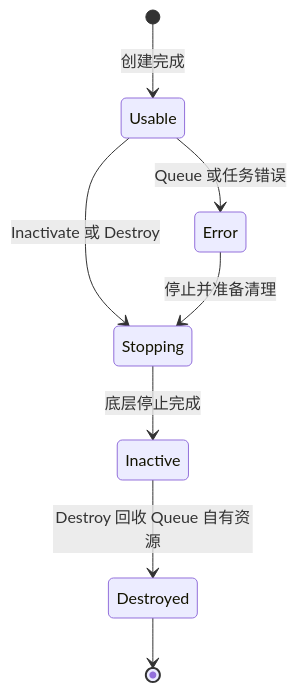
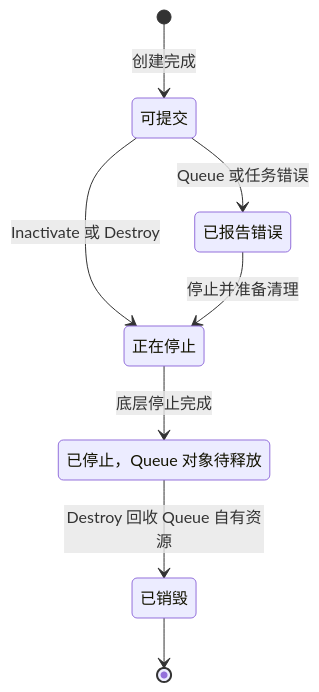
The tenth of 14 diagrams in 03_AMD GPU 队列与 AQL Dispatch.md (hxfei-git/gpu-study), drawn with Mermaid before and after one commit. The commit also changed other lines of this file and 5 other files, not shown here.

````diff
--- a/03_AMD GPU 队列与 AQL Dispatch.md
+++ b/03_AMD GPU 队列与 AQL Dispatch.md
@@ -3413,10 +4590,15 @@
 ```mermaid
 stateDiagram-v2
+    state "可提交" as Usable
+    state "已报告错误" as Error
+    state "正在停止" as Stopping
+    state "已停止，Queue 对象待释放" as Inactive
+    state "已销毁" as Destroyed
     [*] --> Usable: 创建完成
     Usable --> Stopping: Inactivate 或 Destroy
     Usable --> Error: Queue 或任务错误
     Error --> Stopping: 停止并准备清理
     Stopping --> Inactive: 底层停止完成
     Inactive --> Destroyed: Destroy 回收 Queue 自有资源
     Destroyed --> [*]
 ```
````
